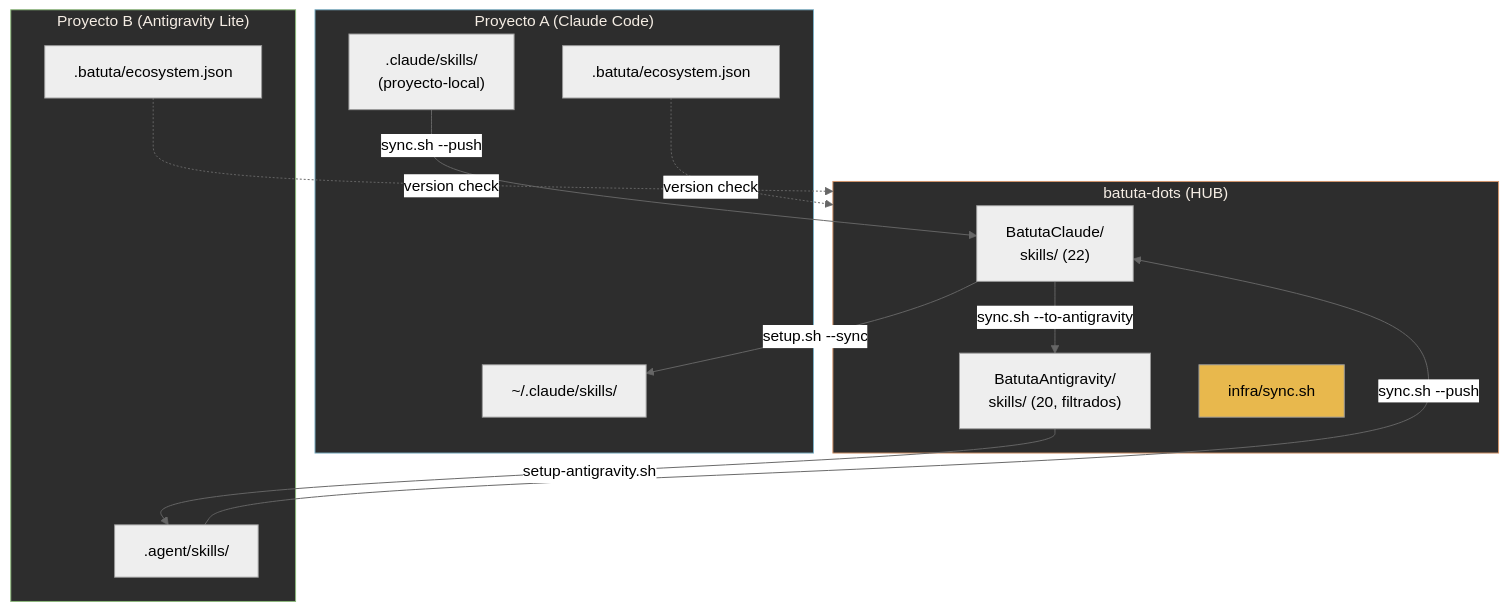
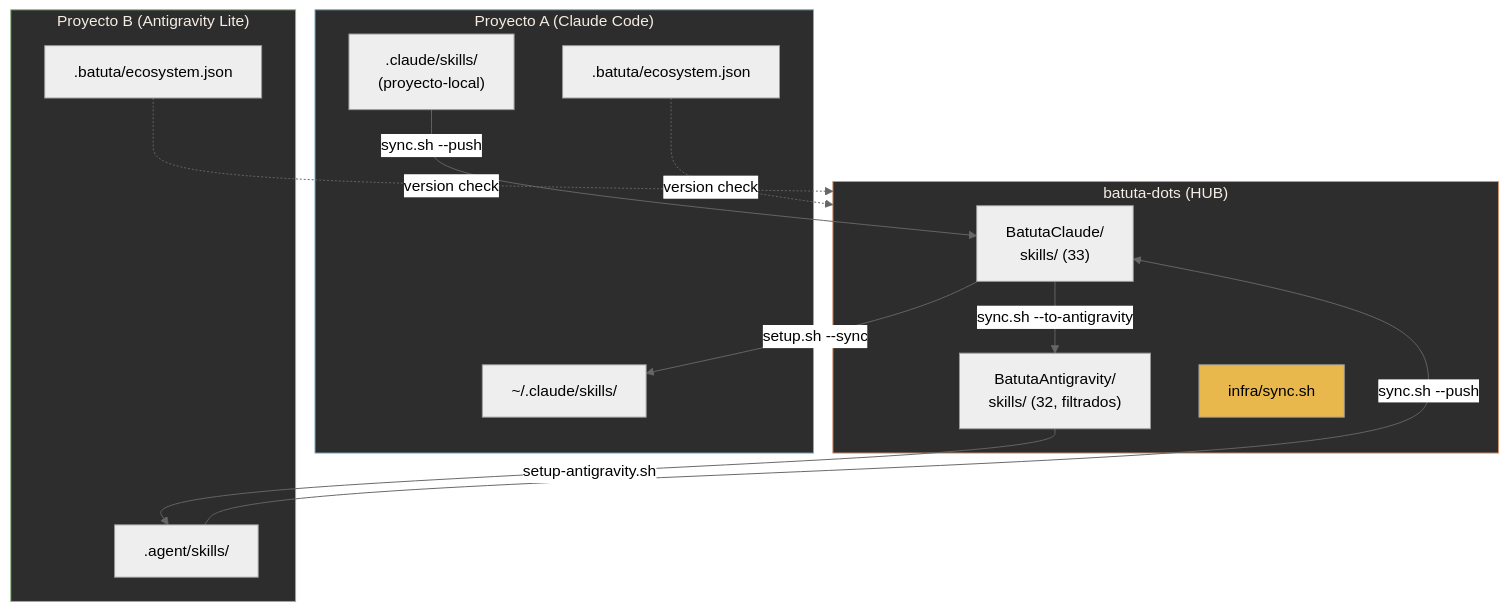
One commit to jota-batuta/batuta-dots changed diagram 22 of 23 in docs/architecture/arquitectura-diagrama.md. Above: the diagram before and after it, drawn with Mermaid (neutral theme). The commit also changed other lines of this file and 56 other files, not shown here.

````diff
--- a/docs/architecture/arquitectura-diagrama.md
+++ b/docs/architecture/arquitectura-diagrama.md
@@ -805,34 +805,34 @@
 ```mermaid
 flowchart TD
     subgraph HUB["batuta-dots (HUB)"]
-        BC["BatutaClaude/<br/>skills/ (22)"]
-        BA["BatutaAntigravity/<br/>skills/ (20, filtrados)"]
+        BC["BatutaClaude/<br/>skills/ (33)"]
+        BA["BatutaAntigravity/<br/>skills/ (32, filtrados)"]
         SYNC["infra/sync.sh"]
     end
 
     subgraph SPOKE_CLAUDE["Proyecto A (Claude Code)"]
         PC_SKILLS["~/.claude/skills/"]
         PC_LOCAL[".claude/skills/<br/>(proyecto-local)"]
         PC_ECO[".batuta/ecosystem.json"]
     end
 
     subgraph SPOKE_ANTIGRAVITY["Proyecto B (Antigravity Lite)"]
         PA_SKILLS[".agent/skills/"]
         PA_ECO[".batuta/ecosystem.json"]
     end
 
     BC -->|"setup.sh --sync"| PC_SKILLS
     BC -->|"sync.sh --to-antigravity"| BA
     BA -->|"setup-antigravity.sh"| PA_SKILLS
 
     PC_LOCAL -->|"sync.sh --push"| BC
     PA_SKILLS -->|"sync.sh --push"| BC
 
     PC_ECO -.->|"version check"| HUB
     PA_ECO -.->|"version check"| HUB
 
     style HUB fill:#2d2d2d,stroke:#D4956A,color:#F5EDE4
     style SPOKE_CLAUDE fill:#2d2d2d,stroke:#7AAFC4,color:#F5EDE4
     style SPOKE_ANTIGRAVITY fill:#2d2d2d,stroke:#8BB87A,color:#F5EDE4
     style SYNC fill:#E8B84D,color:#000
 ```
````
